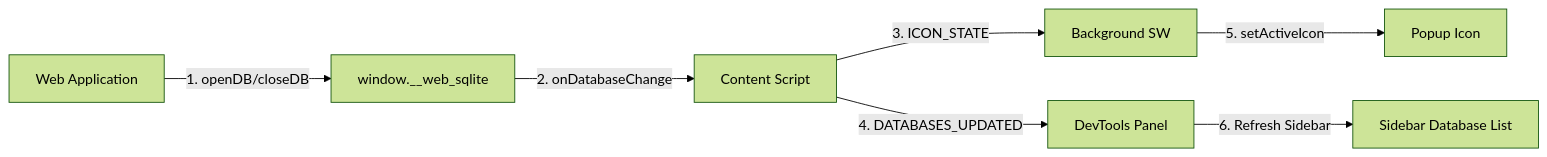
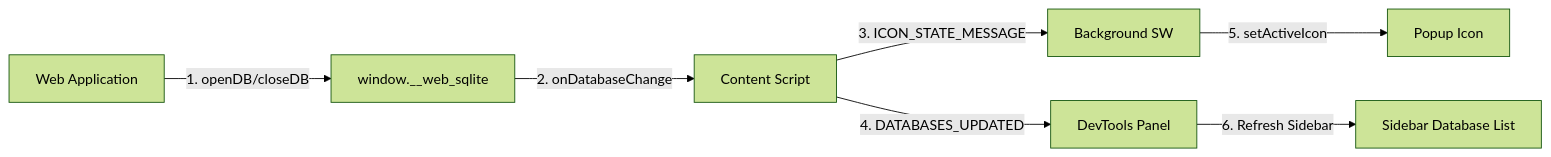
One commit to wuchuheng/web-sqlite-js-devtools changed the ninth of 13 diagrams in agent-docs/03-architecture/02-dataflow.md. Above: the diagram before and after it, drawn with Mermaid (forest theme). The commit also changed other lines of this file and 33 other files, not shown here.

````diff
--- a/agent-docs/03-architecture/02-dataflow.md
+++ b/agent-docs/03-architecture/02-dataflow.md
@@ -304,9 +282,9 @@
 ```mermaid
 flowchart LR
     App[Web Application] -->|1. openDB/closeDB| API[window.__web_sqlite]
     API -->|2. onDatabaseChange| CS[Content Script]
-    CS -->|3. ICON_STATE| BG[Background SW]
+    CS -->|3. ICON_STATE_MESSAGE| BG[Background SW]
     CS -->|4. DATABASES_UPDATED| Panel[DevTools Panel]
     BG -->|5. setActiveIcon| Icon[Popup Icon]
     Panel -->|6. Refresh Sidebar| UI[Sidebar Database List]
 ```
````
